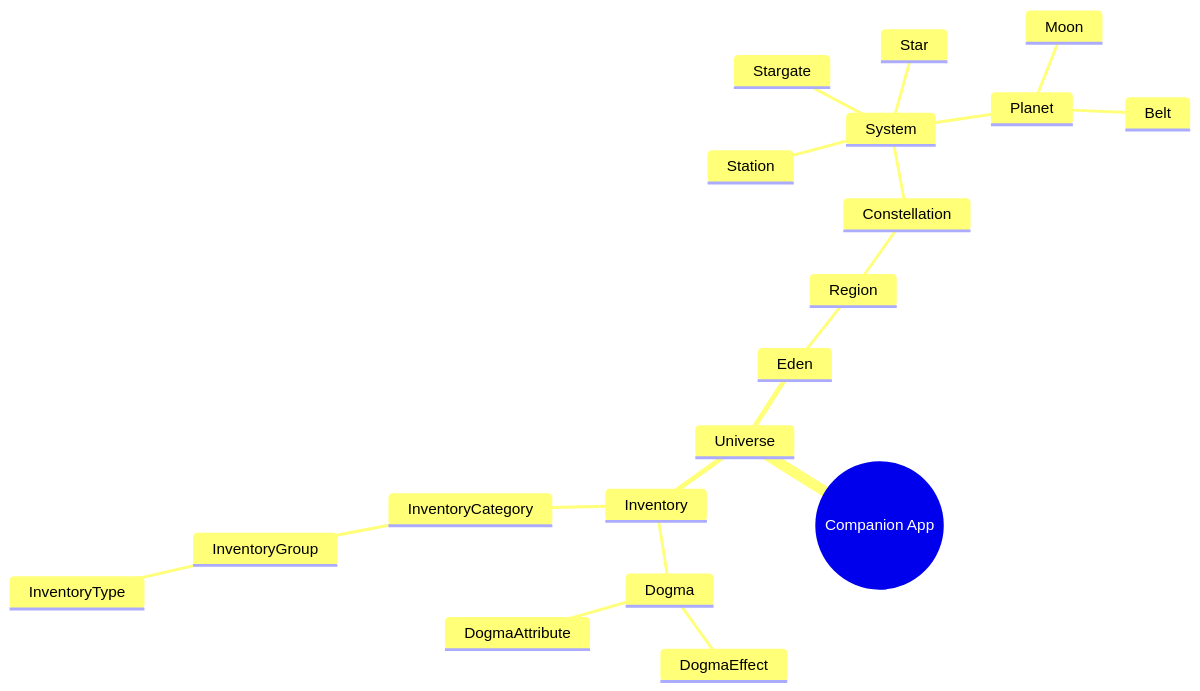
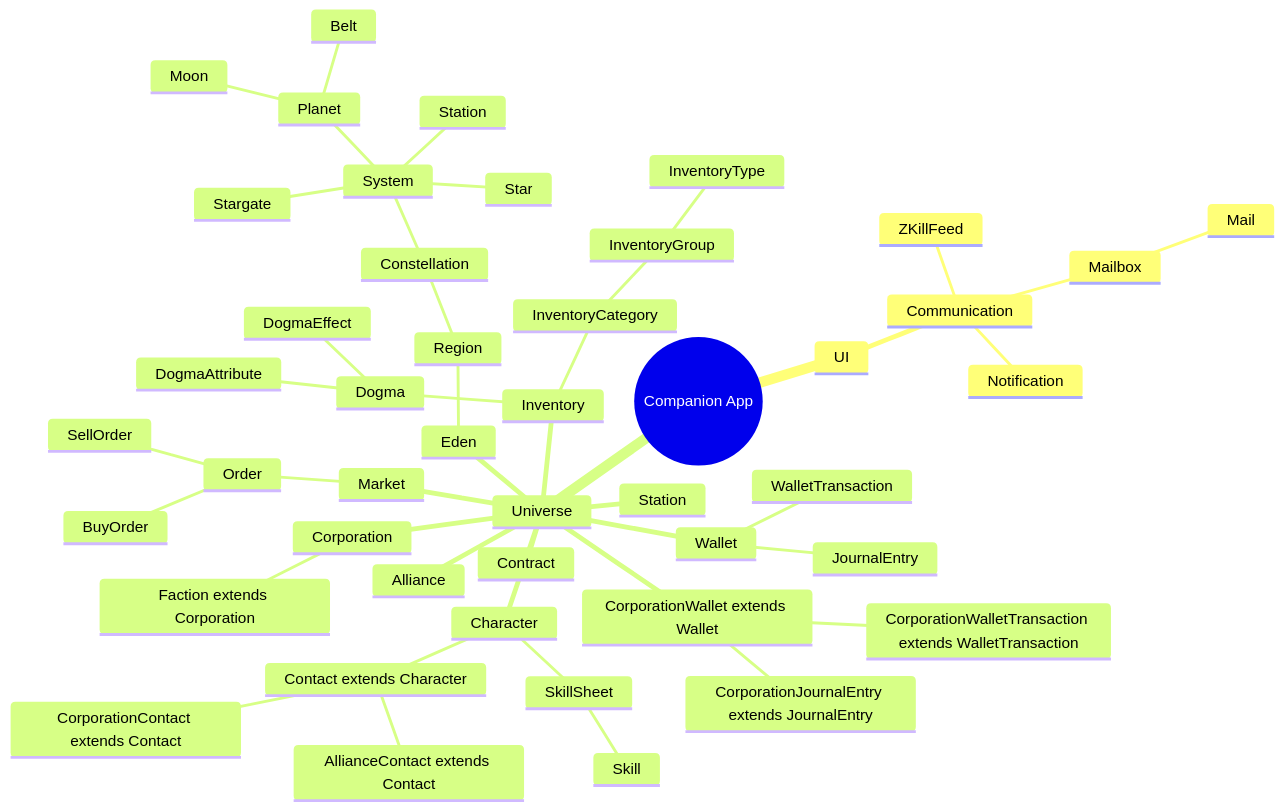
The diagram in README.md (Incomplete-Infinity/eve-companion), drawn with Mermaid before and after one commit. The commit also changed 41 other files, not shown here.

````diff
--- a/README.md
+++ b/README.md
@@ -41,23 +41,51 @@
 ```mermaid
 mindmap
   root((Companion App))
+    UI
+      
+      Communication
+        Notification
+        ZKillFeed
+        Mailbox
+          Mail
     Universe
+      Contract
+      Market
+        Order
+          BuyOrder
+          SellOrder
+      Wallet
+        JournalEntry
+        WalletTransaction
+      CorporationWallet extends Wallet
+        CorporationJournalEntry extends JournalEntry
+        CorporationWalletTransaction extends WalletTransaction
+      Alliance
+      Corporation
+        Faction extends Corporation
+      Character
+        SkillSheet
+          Skill
+        Contact extends Character
+          CorporationContact extends Contact
+          AllianceContact extends Contact
+      Station
       Inventory
         Dogma
           DogmaEffect
           DogmaAttribute
         InventoryCategory
           InventoryGroup
             InventoryType
       Eden
         Region
           Constellation
             System
               Star
               Stargate
               Station
               Planet
                 Moon
                 Belt
 
 ```
````
